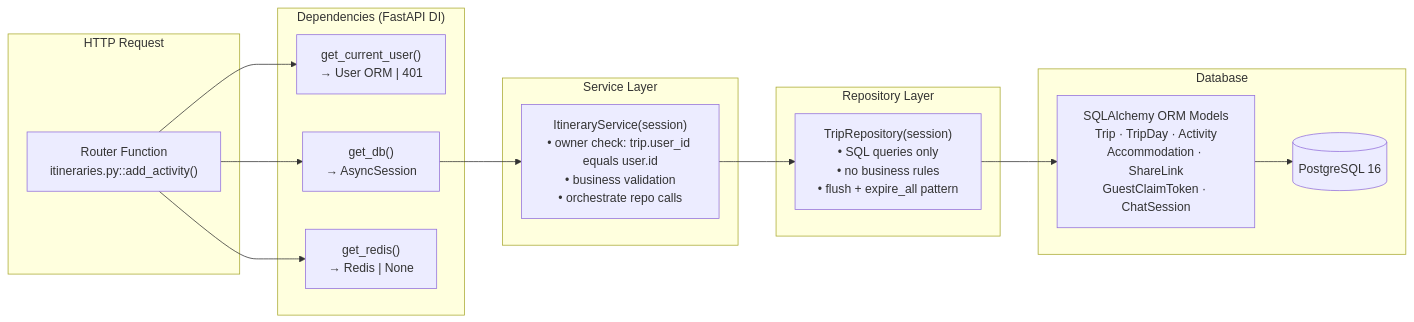
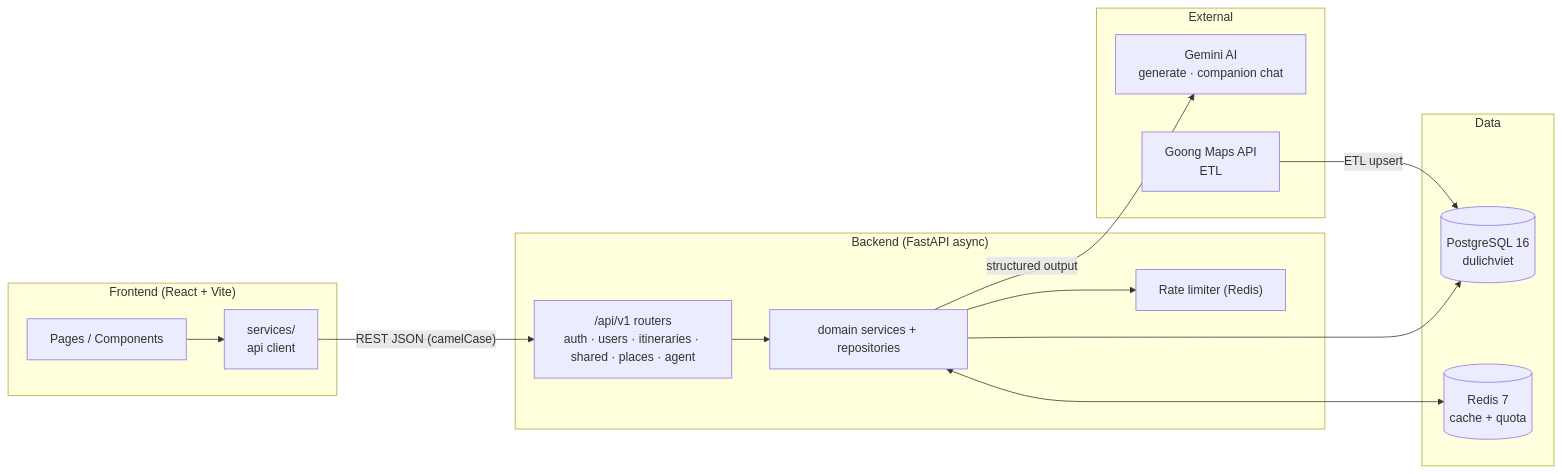
The diagram in README.md (KhoiBui16/NT208-ai-travel-itinerary-recommendation-system), drawn with Mermaid before and after one commit. The commit also changed other lines of this file and 17 other files, not shown here.

````diff
--- a/README.md
+++ b/README.md
@@ -331,33 +113,29 @@
 ```mermaid
-graph LR
-    subgraph Request["HTTP Request"]
-        R["Router Function<br/>itineraries.py::add_activity()"]
+flowchart LR
+    subgraph Client["Frontend (React + Vite)"]
+        UI[Pages / Components]
+        SVC["services/<br/>api client"]
+    end
+    subgraph BE["Backend (FastAPI async)"]
+        Routers["/api/v1 routers<br/>auth · users · itineraries · shared · places · agent"]
+        Svc["domain services + repositories"]
+        RL["Rate limiter (Redis)"]
+    end
+    subgraph Data
+        PG[("PostgreSQL 16<br/>dulichviet")]
+        RD[("Redis 7<br/>cache + quota")]
+    end
+    subgraph External
+        GEM["Gemini AI<br/>generate · companion chat"]
+        GOONG["Goong Maps API<br/>ETL"]
     end
 
-    subgraph Deps["Dependencies (FastAPI DI)"]
-        D1["get_current_user()<br/>→ User ORM | 401"]
-        D2["get_db()<br/>→ AsyncSession"]
-        D3["get_redis()<br/>→ Redis | None"]
-    end
-
-    subgraph SVC["Service Layer"]
-        S["ItineraryService(session)<br/>• owner check: trip.user_id equals user.id<br/>• business validation<br/>• orchestrate repo calls"]
-    end
-
-    subgraph REPO["Repository Layer"]
-        RP["TripRepository(session)<br/>• SQL queries only<br/>• no business rules<br/>• flush + expire_all pattern"]
-    end
-
-    subgraph DB["Database"]
-        M["SQLAlchemy ORM Models<br/>Trip · TripDay · Activity<br/>Accommodation · ShareLink<br/>GuestClaimToken · ChatSession"]
-        PG[("PostgreSQL 16")]
-        M --> PG
-    end
-
-    R --> D1
-    R --> D2
-    R --> D3
-    D2 --> S
-    S --> RP
-    RP --> M
+    UI --> SVC
+    SVC -- "REST JSON (camelCase)" --> Routers
+    Routers --> Svc
+    Svc --> RL
+    Svc --> PG
+    Svc <--> RD
+    Svc -- "structured output" --> GEM
+    GOONG -- "ETL upsert" --> PG
 ```
````
